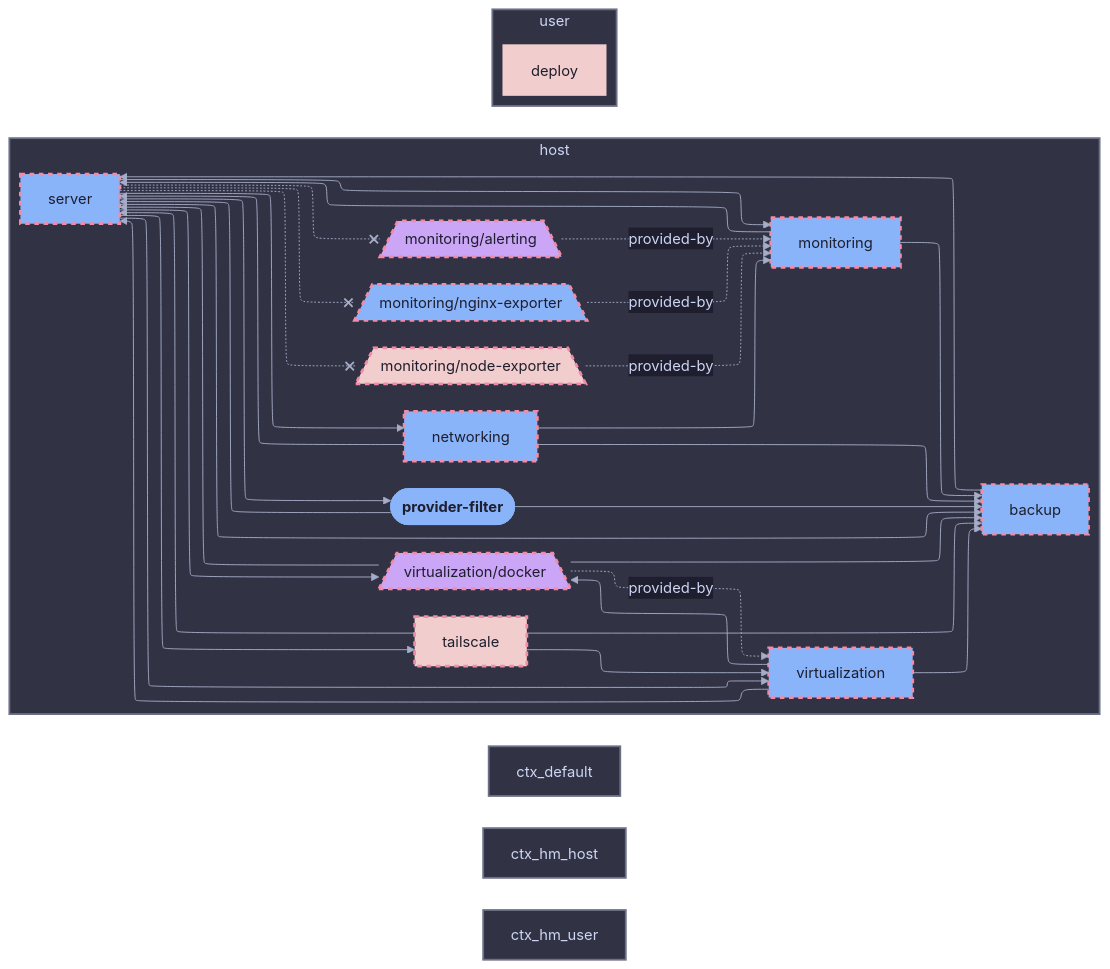
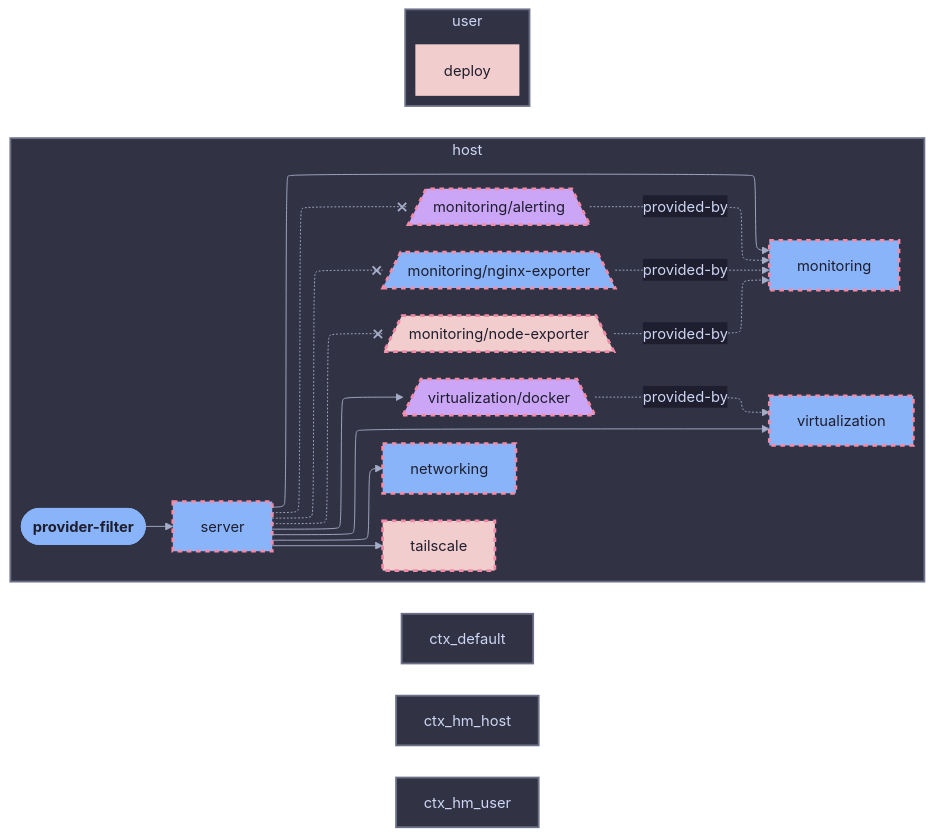
One commit to sini/den changed the diagram in templates/diag-fx-demo/diagrams/provider-filter-diff-classes.md. Above: the diagram before and after it, drawn with Mermaid. The commit also changed 849 other files, not shown here.

Commit message:
chore: update fx diagrams

````diff
--- a/templates/diag-fx-demo/diagrams/provider-filter-diff-classes.md
+++ b/templates/diag-fx-demo/diagrams/provider-filter-diff-classes.md
@@ -5,72 +5,53 @@
 ```mermaid
 %%{init: {"elk":{"mergeEdges":true,"nodePlacementStrategy":"BRANDES_KOEPF"},"layout":"elk","theme":"base","themeVariables":{"activationBkgColor":"#313244","activationBorderColor":"#6c7086","actorBkg":"#313244","actorBorder":"#a6adc8","actorLineColor":"#a6adc8","actorTextColor":"#cdd6f4","background":"#1e1e2e","classText":"#cdd6f4","clusterBkg":"#313244","clusterBorder":"#6c7086","edgeLabelBackground":"#1e1e2e","labelBoxBkgColor":"#313244","labelBoxBorderColor":"#a6adc8","labelTextColor":"#cdd6f4","lineColor":"#a6adc8","loopTextColor":"#cdd6f4","mainBkg":"#313244","nodeBkg":"#313244","nodeBorder":"#a6adc8","nodeTextColor":"#cdd6f4","noteBkgColor":"#313244","noteBorderColor":"#6c7086","noteTextColor":"#cdd6f4","pie1":"#f38ba8","pie2":"#fab387","pie3":"#f9e2af","pie4":"#a6e3a1","pie5":"#94e2d5","pie6":"#89b4fa","pie7":"#cba6f7","pie8":"#f2cdcd","pieLegendTextColor":"#cdd6f4","pieOuterStrokeColor":"#6c7086","pieSectionTextColor":"#cdd6f4","pieStrokeColor":"#6c7086","pieTitleTextColor":"#cdd6f4","primaryBorderColor":"#a6adc8","primaryColor":"#313244","primaryTextColor":"#cdd6f4","secondBkg":"#313244","secondaryBorderColor":"#6c7086","secondaryColor":"#313244","secondaryTextColor":"#cdd6f4","sequenceNumberColor":"#1e1e2e","signalColor":"#a6adc8","signalTextColor":"#cdd6f4","tertiaryBorderColor":"#6c7086","tertiaryColor":"#313244","tertiaryTextColor":"#cdd6f4","textColor":"#cdd6f4","titleColor":"#cdd6f4"}}}%%
 graph LR
   provider_filter([provider-filter]):::root
 
   subgraph ctx_host["host"]
   monitoring__alerting[/"monitoring/alerting"\]:::monitoring__alerting_c
-  backup["backup"]:::backup_c
   virtualization__docker[/"virtualization/docker"\]:::virtualization__docker_c
   monitoring["monitoring"]:::monitoring_c
   networking["networking"]:::networking_c
   monitoring__nginx_exporter[/"monitoring/nginx-exporter"\]:::monitoring__nginx_exporter_c
   monitoring__node_exporter[/"monitoring/node-exporter"\]:::monitoring__node_exporter_c
   server["server"]:::server_c
   tailscale["tailscale"]:::tailscale_c
   virtualization["virtualization"]:::virtualization_c
-  backup --> server
-  monitoring --> backup
-  monitoring --> server
   monitoring__alerting -.->|provided-by| monitoring
   monitoring__nginx_exporter -.->|provided-by| monitoring
   monitoring__node_exporter -.->|provided-by| monitoring
-  networking --> backup
-  networking --> monitoring
-  networking --> server
-  provider_filter --> backup
   provider_filter --> server
-  server --> backup
   server --> monitoring
   server -.-x monitoring__alerting
   server -.-x monitoring__nginx_exporter
   server -.-x monitoring__node_exporter
   server --> networking
-  server --> provider_filter
   server --> tailscale
   server --> virtualization
   server --> virtualization__docker
-  tailscale --> backup
-  tailscale --> server
-  tailscale --> virtualization
-  virtualization --> backup
-  virtualization --> server
-  virtualization --> virtualization__docker
-  virtualization__docker --> backup
-  virtualization__docker --> server
   virtualization__docker -.->|provided-by| virtualization
   end
   subgraph ctx_user["user"]
   deploy["deploy"]:::deploy_c
 
   end
 
 
   classDef root fill:#89b4fa,stroke:#89b4fa,color:#1e1e2e,font-weight:bold
   classDef monitoring__alerting_c fill:#cba6f7,stroke:#f38ba8,color:#1e1e2e,stroke-dasharray: 5 5,stroke-width:3px
-  classDef backup_c fill:#89b4fa,stroke:#f38ba8,color:#1e1e2e,stroke-dasharray: 5 5,stroke-width:3px
   classDef deploy_c fill:#f2cdcd,stroke:#f2cdcd,color:#1e1e2e,stroke-width:2px
   classDef virtualization__docker_c fill:#cba6f7,stroke:#f38ba8,color:#1e1e2e,stroke-dasharray: 5 5,stroke-width:3px
   classDef monitoring_c fill:#89b4fa,stroke:#f38ba8,color:#1e1e2e,stroke-dasharray: 5 5,stroke-width:3px
   classDef networking_c fill:#89b4fa,stroke:#f38ba8,color:#1e1e2e,stroke-dasharray: 5 5,stroke-width:3px
   classDef monitoring__nginx_exporter_c fill:#89b4fa,stroke:#f38ba8,color:#1e1e2e,stroke-dasharray: 5 5,stroke-width:3px
   classDef monitoring__node_exporter_c fill:#f2cdcd,stroke:#f38ba8,color:#1e1e2e,stroke-dasharray: 5 5,stroke-width:3px
   classDef provider_filter_c fill:#89b4fa,stroke:#f38ba8,color:#1e1e2e,stroke-dasharray: 5 5,stroke-width:3px
   classDef server_c fill:#89b4fa,stroke:#f38ba8,color:#1e1e2e,stroke-dasharray: 5 5,stroke-width:3px
   classDef tailscale_c fill:#f2cdcd,stroke:#f38ba8,color:#1e1e2e,stroke-dasharray: 5 5,stroke-width:3px
   classDef virtualization_c fill:#89b4fa,stroke:#f38ba8,color:#1e1e2e,stroke-dasharray: 5 5,stroke-width:3px
 style ctx_host fill:#313244,stroke:#6c7086,stroke-width:2px
 style ctx_default fill:#313244,stroke:#6c7086,stroke-width:2px
 style ctx_hm_host fill:#313244,stroke:#6c7086,stroke-width:2px
 style ctx_hm_user fill:#313244,stroke:#6c7086,stroke-width:2px
 style ctx_user fill:#313244,stroke:#6c7086,stroke-width:2px
 ```
````
